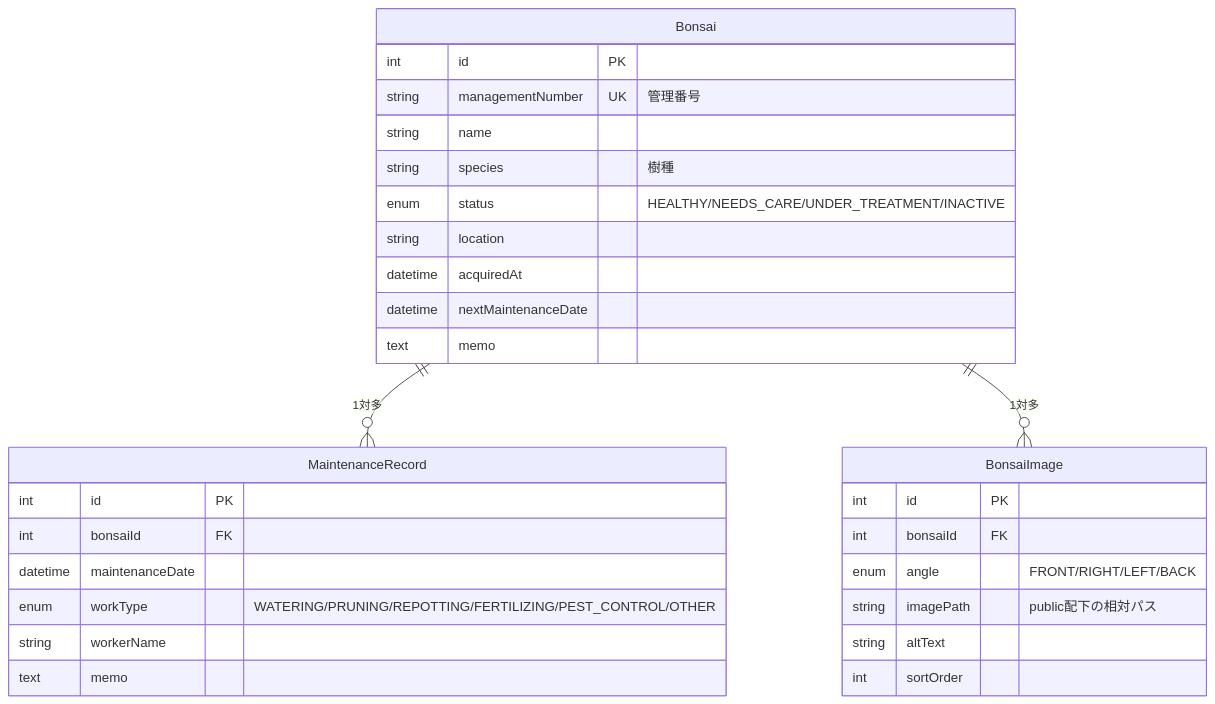
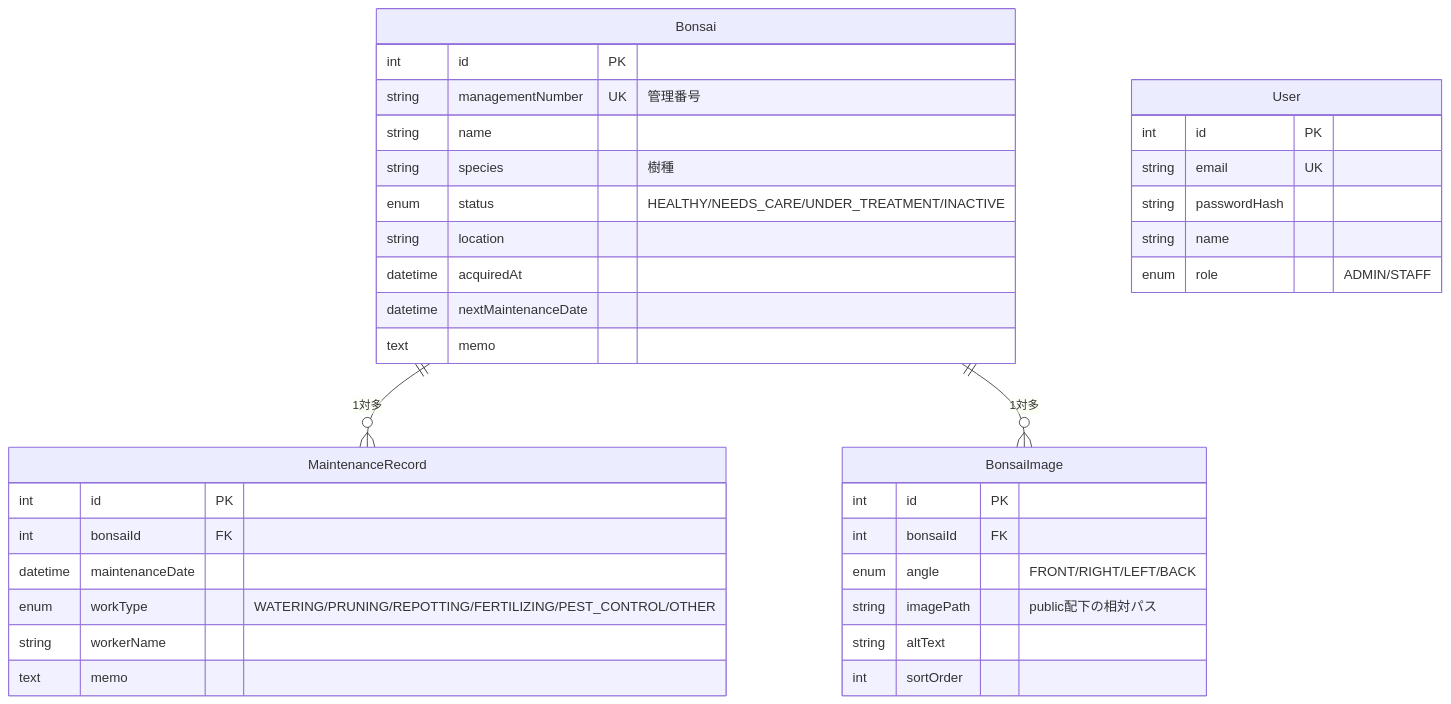
Before and after one commit to fukuyade/bonsai-docker-cicd: the diagram in README.md, drawn with Mermaid. The commit also changed other lines of this file and 24 other files, not shown here.

````diff
--- a/README.md
+++ b/README.md
@@ -133,32 +162,39 @@
 ```mermaid
 erDiagram
     Bonsai ||--o{ MaintenanceRecord : "1対多"
     Bonsai ||--o{ BonsaiImage : "1対多"
     Bonsai {
         int id PK
         string managementNumber UK "管理番号"
         string name
         string species "樹種"
         enum status "HEALTHY/NEEDS_CARE/UNDER_TREATMENT/INACTIVE"
         string location
         datetime acquiredAt
         datetime nextMaintenanceDate
         text memo
     }
     MaintenanceRecord {
         int id PK
         int bonsaiId FK
         datetime maintenanceDate
         enum workType "WATERING/PRUNING/REPOTTING/FERTILIZING/PEST_CONTROL/OTHER"
         string workerName
         text memo
     }
     BonsaiImage {
         int id PK
         int bonsaiId FK
         enum angle "FRONT/RIGHT/LEFT/BACK"
         string imagePath "public配下の相対パス"
         string altText
         int sortOrder
     }
+    User {
+        int id PK
+        string email UK
+        string passwordHash
+        string name
+        enum role "ADMIN/STAFF"
+    }
 ```
````
